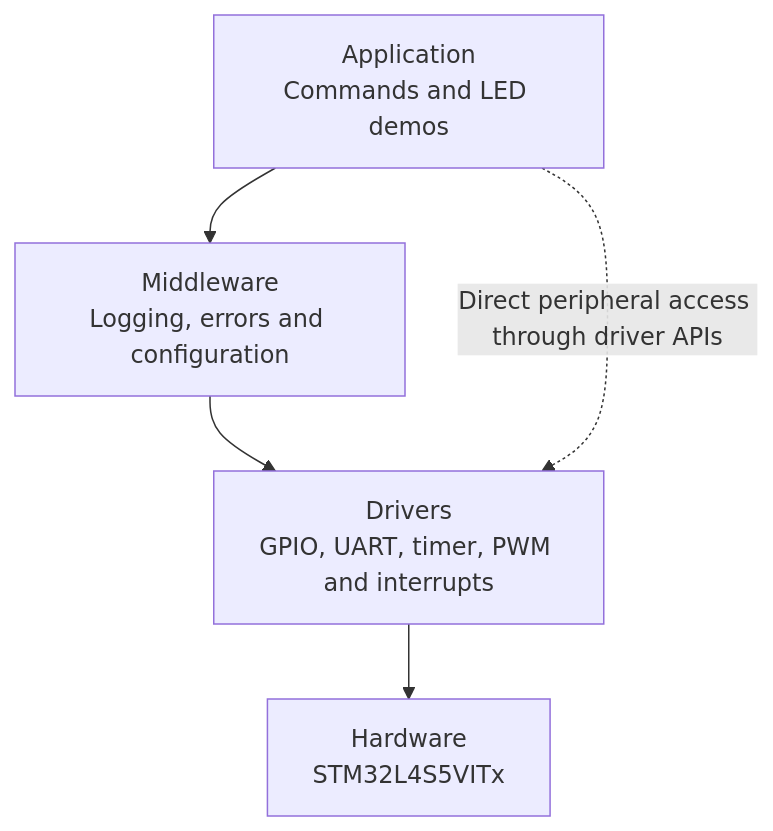
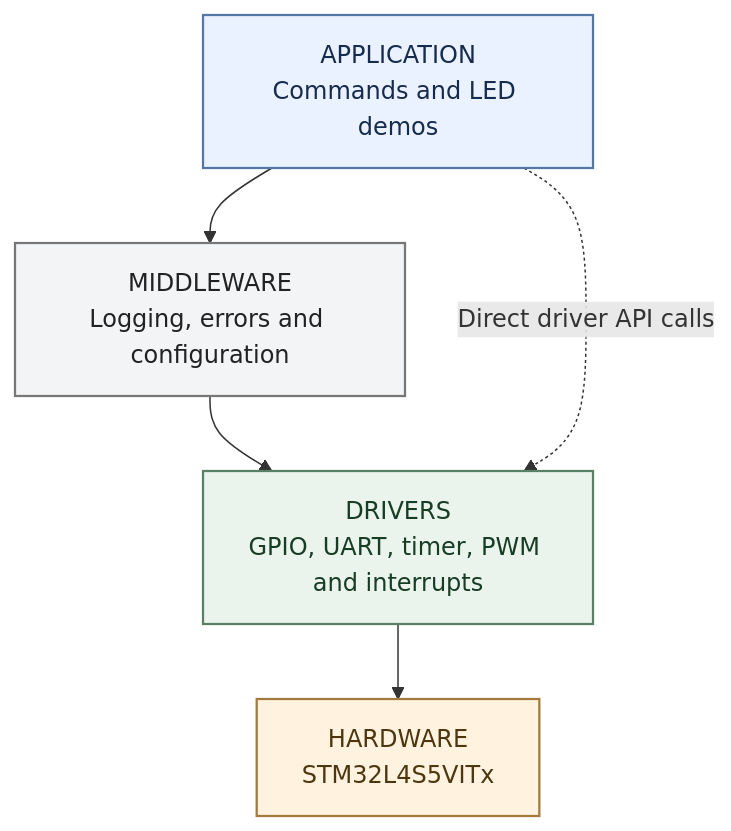
The diagram in README.md (SushantCore/Embedded_Control_Platform), drawn with Mermaid before and after one commit. The commit also changed other lines of this file, not shown here.

````diff
--- a/README.md
+++ b/README.md
@@ -7,12 +23,17 @@
 ```mermaid
 flowchart TD
-    A["Application<br/>Commands and LED demos"]
-    B["Middleware<br/>Logging, errors and configuration"]
-    C["Drivers<br/>GPIO, UART, timer, PWM and interrupts"]
-    D["Hardware<br/>STM32L4S5VITx"]
+    A["APPLICATION<br/>Commands and LED demos"]
+    B["MIDDLEWARE<br/>Logging, errors and configuration"]
+    C["DRIVERS<br/>GPIO, UART, timer, PWM and interrupts"]
+    D["HARDWARE<br/>STM32L4S5VITx"]
 
     A --> B
     B --> C
     C --> D
-    A -. "Direct peripheral access through driver APIs" .-> C
+    A -. "Direct driver API calls" .-> C
+
+    style A fill:#eaf2ff,stroke:#5278a5,color:#172b4d,stroke-width:1.5px
+    style B fill:#f3f4f6,stroke:#777777,color:#222222,stroke-width:1.5px
+    style C fill:#eaf4ec,stroke:#578064,color:#173d25,stroke-width:1.5px
+    style D fill:#fff2df,stroke:#a47a3c,color:#4d3710,stroke-width:1.5px
 ```
````
